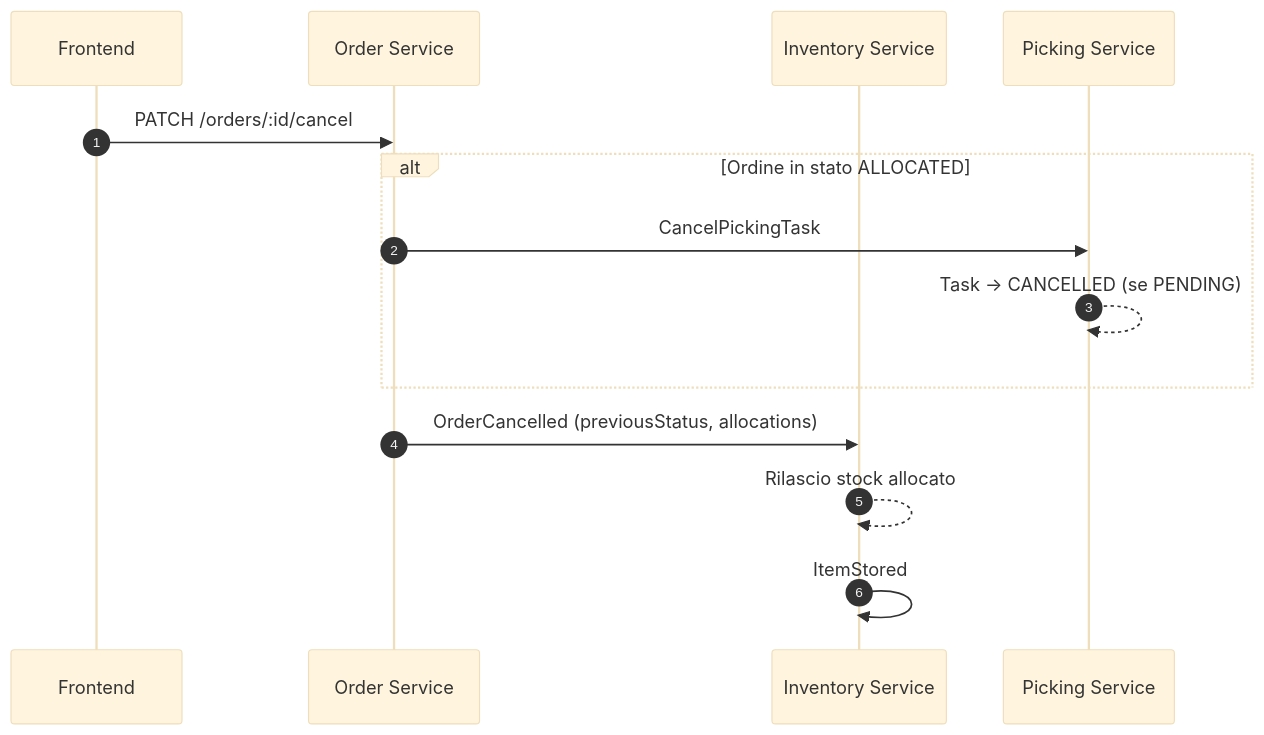
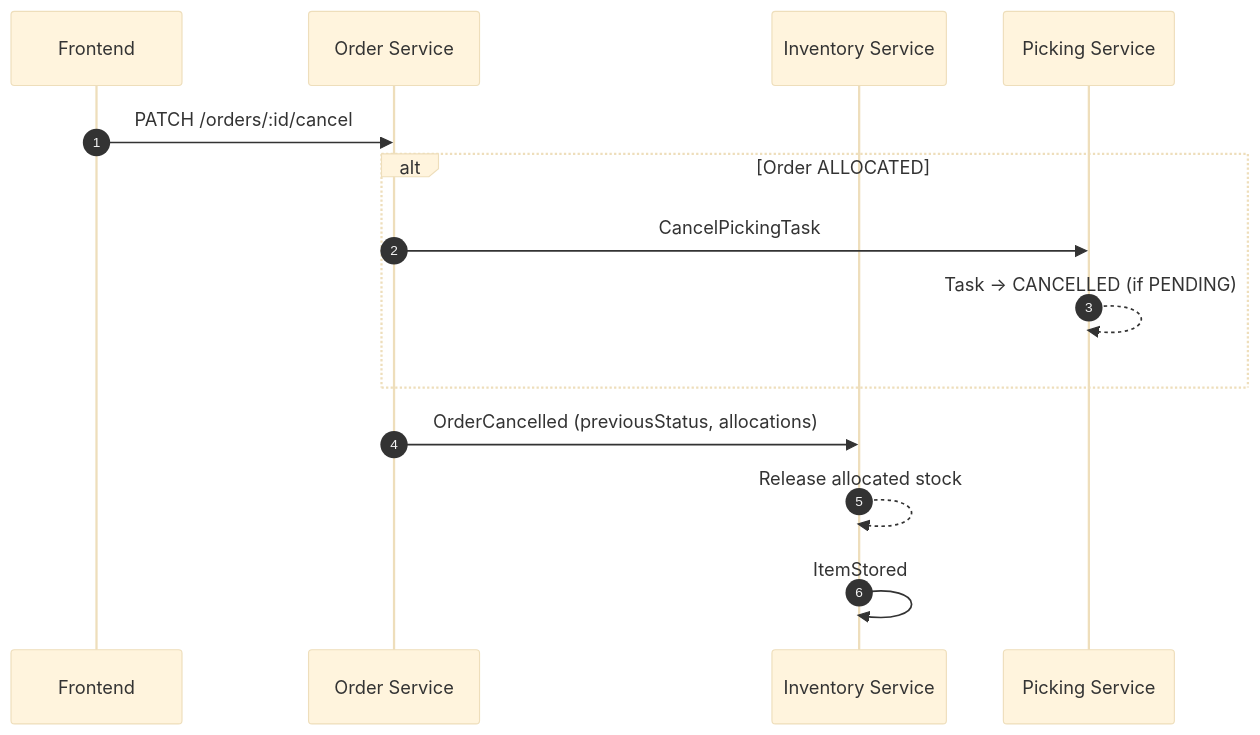
The seventh of 11 diagrams in docs/software-architecture-report.md (matteoventuri7/WHS), drawn with Mermaid (base theme) before and after one commit. The commit also changed other lines of this file and 153 other files, not shown here.

Commit message:
Add coverage report files Edit architectural report

````diff
--- a/docs/software-architecture-report.md
+++ b/docs/software-architecture-report.md
@@ -906,17 +678,17 @@
 ```mermaid
 sequenceDiagram
     autonumber
     participant UI as Frontend
     participant ORD as Order Service
     participant INV as Inventory Service
     participant PICK as Picking Service
 
     UI->>ORD: PATCH /orders/:id/cancel
-    alt Ordine in stato ALLOCATED
+    alt Order ALLOCATED
         ORD->>PICK: CancelPickingTask
-        PICK-->>PICK: Task → CANCELLED (se PENDING)
+        PICK-->>PICK: Task → CANCELLED (if PENDING)
     end
     ORD->>INV: OrderCancelled (previousStatus, allocations)
-    INV-->>INV: Rilascio stock allocato
+    INV-->>INV: Release allocated stock
     INV->>INV: ItemStored
 ```
````
